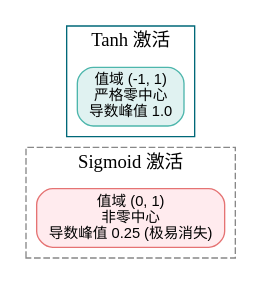
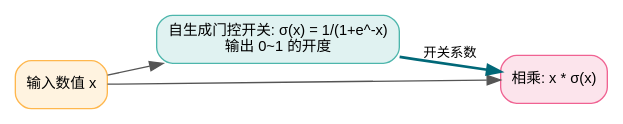
Before and after one commit to hqu-little-boy/blog: the fourth of 5 diagrams in src/content/posts/dl-operators-03-activation-functions-guide.md, drawn with Graphviz. The commit also changed other lines of this file and 11 other files, not shown here.

````diff
--- a/src/content/posts/dl-operators-03-activation-functions-guide.md
+++ b/src/content/posts/dl-operators-03-activation-functions-guide.md
@@ -258,21 +268,15 @@
 ```graphviz
-digraph SigmoidVsTanh {
+digraph SiLUSelfGating {
     rankdir=LR;
     node [fontname="Helvetica,Arial,sans-serif", fontsize=11, shape=rect, style="rounded,filled", fillcolor="#f0f4f8", color="#b0c4de"];
     edge [fontname="Helvetica,Arial,sans-serif", fontsize=10, color="#555555"];
 
-    subgraph cluster_sig {
-        label = "Sigmoid 激活";
-        style = dashed;
-        color = "#888888";
-        s_out [label="值域 (0, 1)\n非零中心\n导数峰值 0.25 (极易消失)", fillcolor="#ffebee", color="#e57373"];
-    }
+    x_in [label="输入数值 x", fillcolor="#fff3e0", color="#ffb74d"];
+    gate [label="自生成门控开关: σ(x) = 1/(1+e^-x)\n输出 0~1 的开度", fillcolor="#e0f2f1", color="#4db6ac"];
+    mul [label="相乘: x * σ(x)", fillcolor="#fce4ec", color="#f06292"];
 
-    subgraph cluster_tanh {
-        label = "Tanh 激活";
-        style = solid;
-        color = "#006878";
-        t_out [label="值域 (-1, 1)\n严格零中心\n导数峰值 1.0", fillcolor="#e0f2f1", color="#4db6ac"];
-    }
+    x_in -> gate;
+    x_in -> mul;
+    gate -> mul [label="开关系数", color="#006878", penwidth=2];
 }
 ```
````
